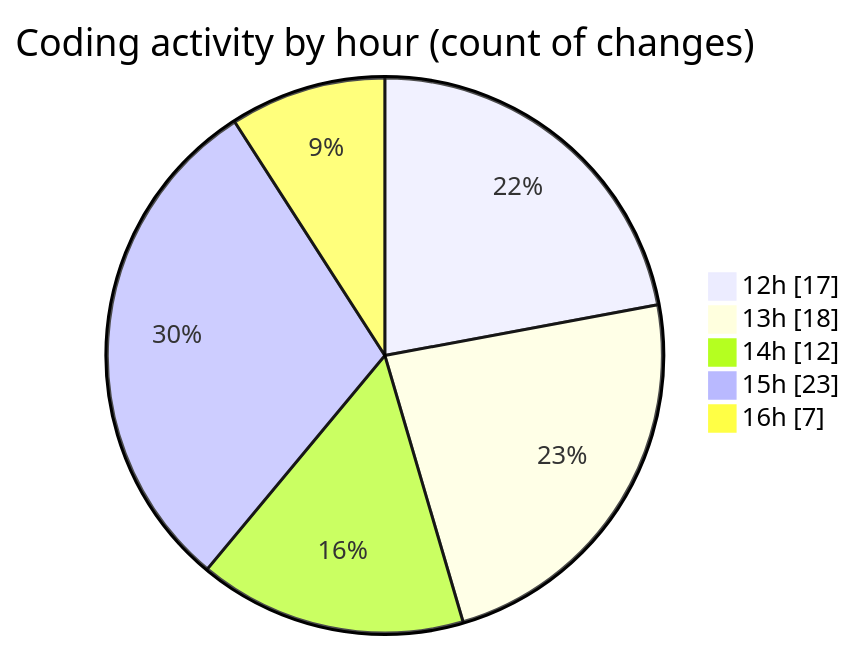
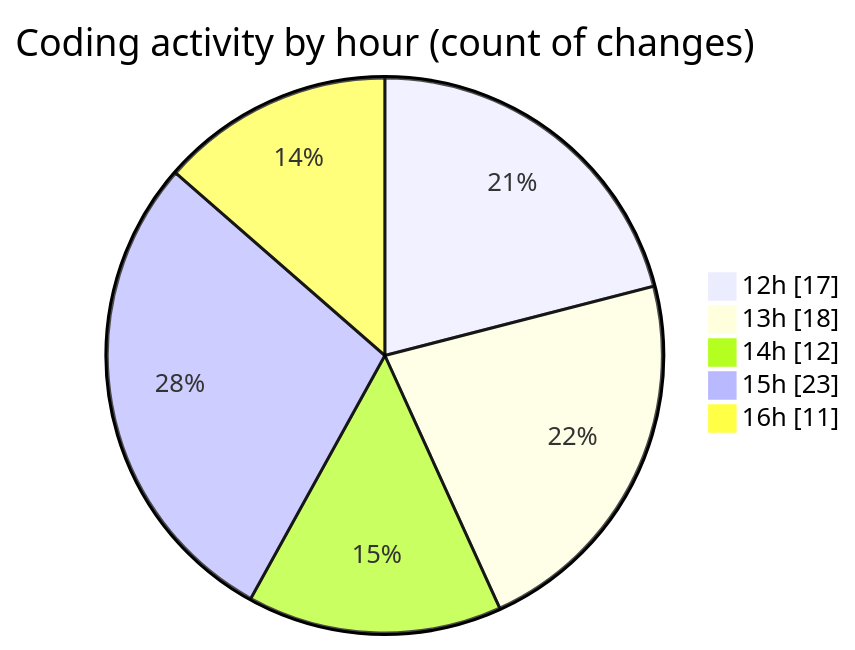
Before and after one commit to CELIANVF/code-tracking: the second of 2 diagrams in 2025-06-01/video_app/README.md, drawn with Mermaid. The commit also changed other lines of this file and 1 other file, not shown here.

````diff
--- a/2025-06-01/video_app/README.md
+++ b/2025-06-01/video_app/README.md
@@ -38,9 +38,9 @@
 ```mermaid
 pie showData
 title Coding activity by hour (count of changes)
 "12h" : 17
 "13h" : 18
 "14h" : 12
 "15h" : 23
-"16h" : 7
+"16h" : 11
 ```
````
